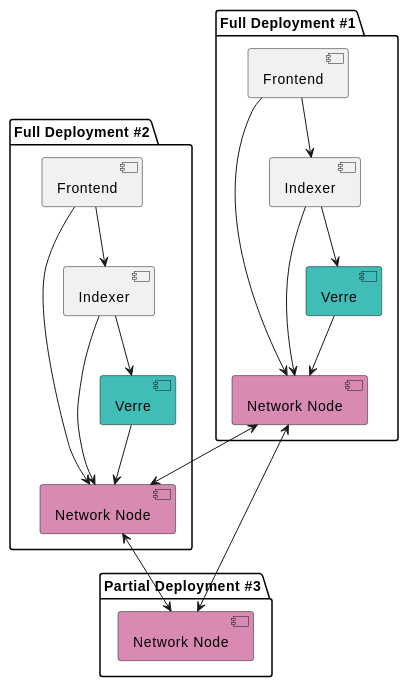
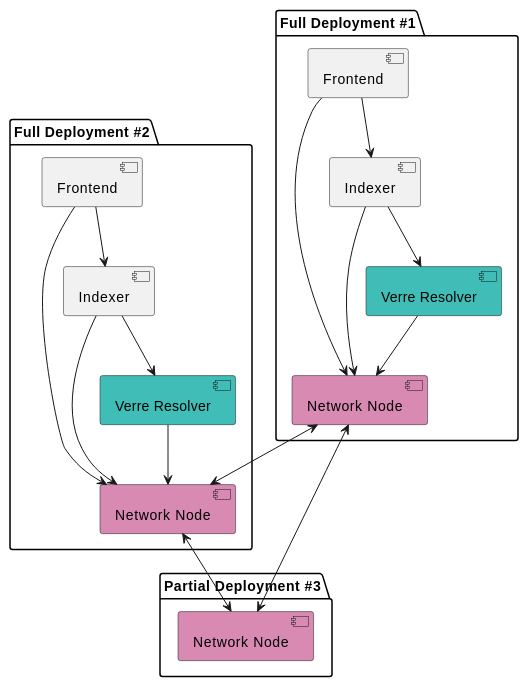
Before and after one commit to verana-labs/verana-docs: the diagram in docs/network/introduction/10-components.md, drawn with PlantUML. The commit also changed 1 other file, not shown here.

````diff
--- a/docs/network/introduction/10-components.md
+++ b/docs/network/introduction/10-components.md
@@ -15,46 +15,46 @@
 ```plantuml
 @startuml
 
 package "Full Deployment #1" as deploy1  {
     [Network Node] as vpr1 #D88AB3
 
-    [Verre] as verre1 #3fbdb6
+    [Verre Resolver] as verre1 #3fbdb6
     [Indexer] as idx1
     [Frontend] as frontend1
 
     idx1 --> vpr1
     frontend1 --> idx1
     frontend1 --> vpr1
     idx1 --> verre1
     verre1 --> vpr1
 
 }
 
 package "Full Deployment #2" as deploy2  {
     [Network Node] as vpr2 #D88AB3
 
-    [Verre] as verre2 #3fbdb6
+    [Verre Resolver] as verre2 #3fbdb6
     [Indexer] as idx2
     [Frontend] as frontend2
 
     idx2 --> vpr2
     frontend2 --> idx2
     frontend2 --> vpr2
     idx2 --> verre2
     verre2 --> vpr2
 
 }
 
 package "Partial Deployment #3" as deploy3  {
     [Network Node] as vpr3 #D88AB3
 
 
 }
 
 vpr1 <--> vpr2
 vpr2 <--> vpr3
 vpr3 <--> vpr1
 
 @enduml
 
 ```
````
